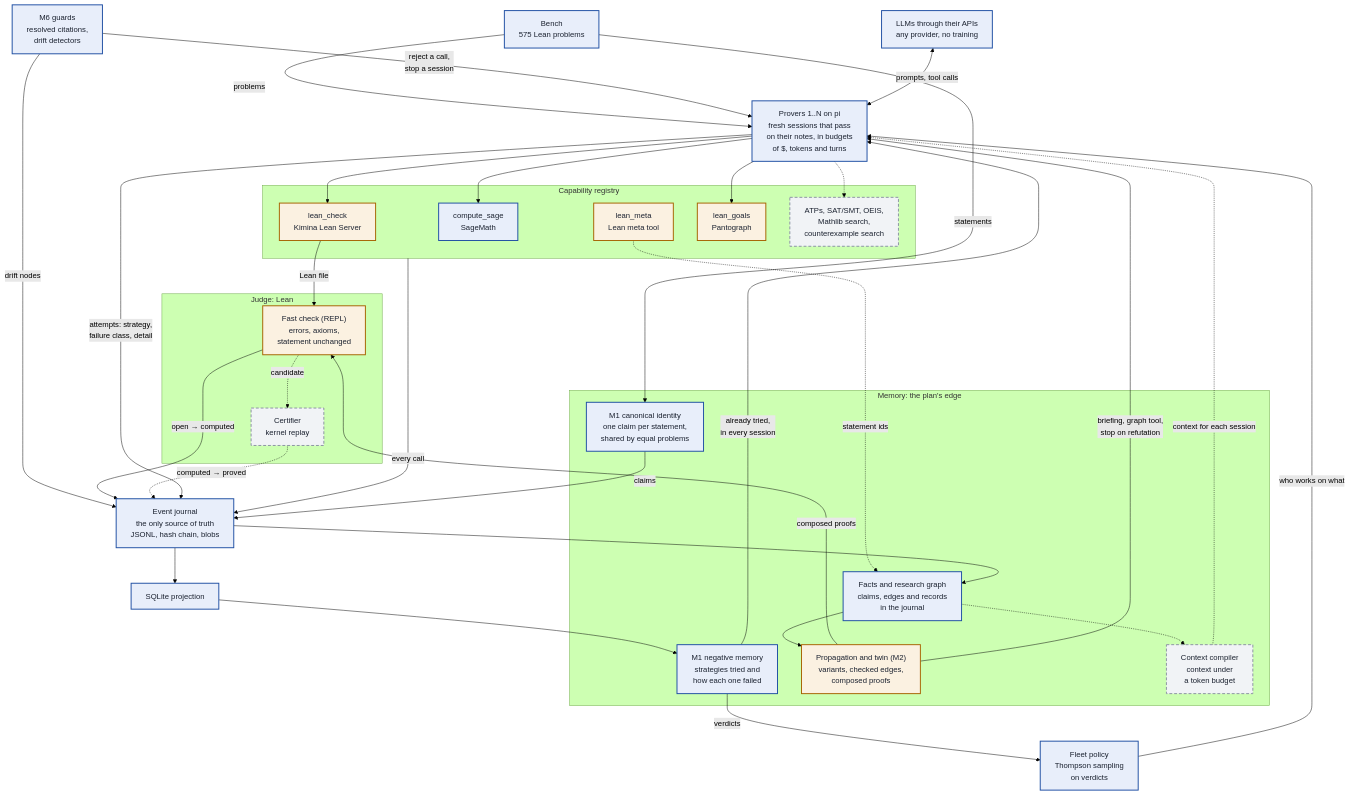
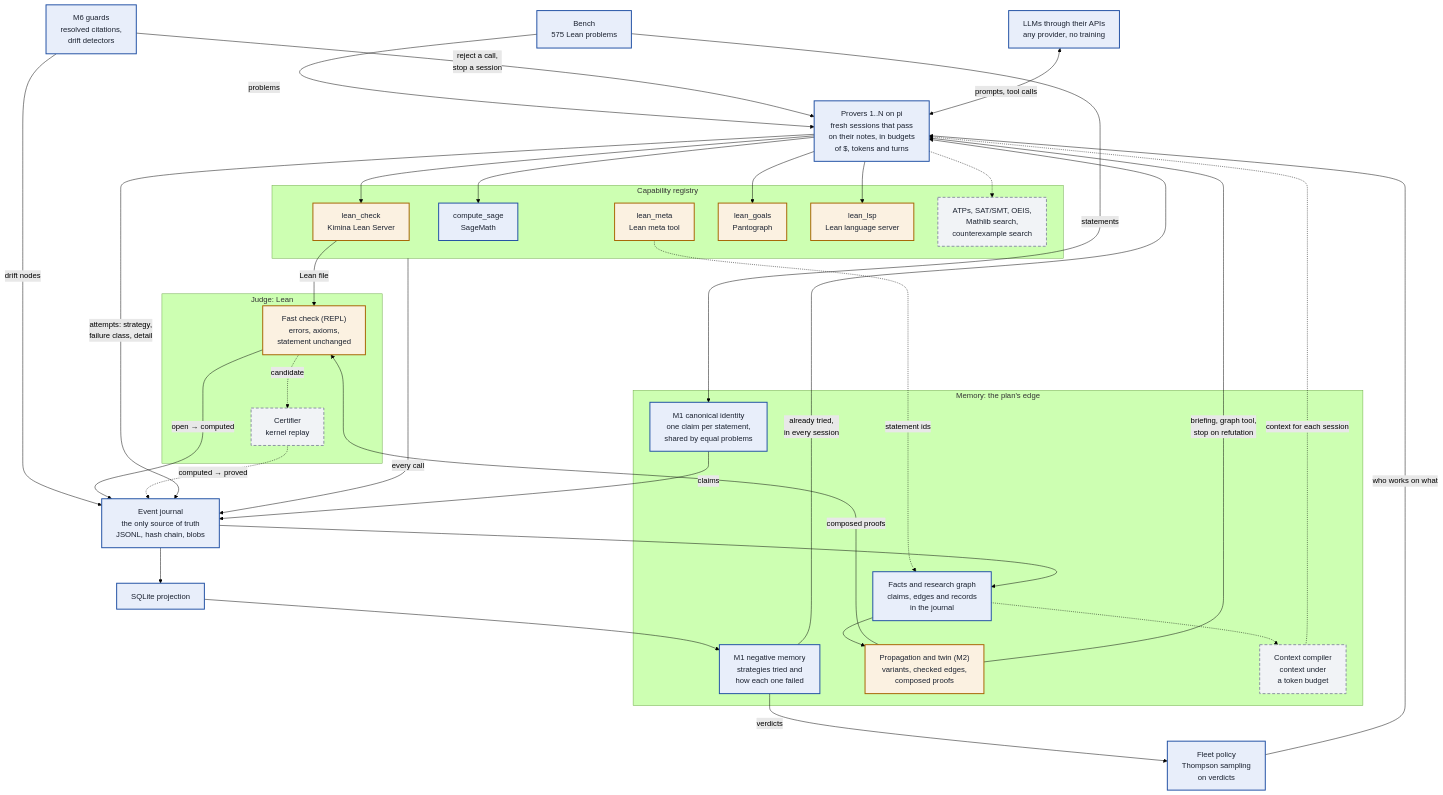
The diagram in README.md (Kdevos12/seshat), drawn with Mermaid (forest theme) before and after one commit. The commit also changed other lines of this file and 43 other files, not shown here.

````diff
--- a/README.md
+++ b/README.md
@@ -19,64 +19,66 @@
 ```mermaid
 flowchart TB
   classDef built fill:#e8eefa,stroke:#1f4fa3,stroke-width:2px,color:#1b2230
   classDef wait fill:#fbf1e1,stroke:#a66300,stroke-width:2px,color:#1b2230
   classDef planned fill:#f1f3f6,stroke:#8a92a3,stroke-width:2px,stroke-dasharray:6 4,color:#1b2230
 
   bench["Bench<br/>575 Lean problems"]:::built
   fleet["Fleet policy<br/>Thompson sampling<br/>on verdicts"]:::built
   guards["M6 guards<br/>resolved citations,<br/>drift detectors"]:::built
   llm["LLMs through their APIs<br/>any provider, no training"]:::built
   provers["Provers 1..N on pi<br/>fresh sessions that pass<br/>on their notes, in budgets<br/>of $, tokens and turns"]:::built
 
   subgraph TOOLS["Capability registry"]
     leancheck["lean_check<br/>Kimina Lean Server"]:::wait
     sage["compute_sage<br/>SageMath"]:::built
     leanmeta["lean_meta<br/>Lean meta tool"]:::wait
     leangoals["lean_goals<br/>Pantograph"]:::wait
+    leanlsp["lean_lsp<br/>Lean language server"]:::wait
     moretools["ATPs, SAT/SMT, OEIS,<br/>Mathlib search,<br/>counterexample search"]:::planned
   end
 
   subgraph JUDGE["Judge: Lean"]
     fast["Fast check (REPL)<br/>errors, axioms,<br/>statement unchanged"]:::wait
     certifier["Certifier<br/>kernel replay"]:::planned
   end
 
   journal["Event journal<br/>the only source of truth<br/>JSONL, hash chain, blobs"]:::built
   projection["SQLite projection"]:::built
 
   subgraph MEMORY["Memory: the plan's edge"]
     identity["M1 canonical identity<br/>one claim per statement,<br/>shared by equal problems"]:::built
     tried["M1 negative memory<br/>strategies tried and<br/>how each one failed"]:::built
     kg["Facts and research graph<br/>claims, edges and records<br/>in the journal"]:::built
     prop["Propagation and twin (M2)<br/>variants, checked edges,<br/>composed proofs"]:::wait
     compiler["Context compiler<br/>context under<br/>a token budget"]:::planned
   end
 
   bench -->|problems| provers
   bench -->|statements| identity
   identity -->|claims| journal
   fleet -->|"who works on what"| provers
   guards -->|"reject a call,<br/>stop a session"| provers
   guards -->|"drift nodes"| journal
   llm <-->|"prompts, tool calls"| provers
   provers --> leancheck & sage
   provers -.-> moretools
   leanmeta -.->|"statement ids"| kg
   provers --> leangoals
+  provers --> leanlsp
   leancheck -->|Lean file| fast
   fast -->|"open → computed"| journal
   fast -.->|candidate| certifier
   certifier -.->|"computed → proved"| journal
   TOOLS -->|"every call"| journal
   provers -->|"attempts: strategy,<br/>failure class, detail"| journal
   journal --> projection
   projection --> tried
   tried -->|"already tried,<br/>in every session"| provers
   tried -->|"verdicts"| fleet
   journal --> kg
   kg --> prop
   prop -->|"composed proofs"| fast
   prop -->|"briefing, graph tool,<br/>stop on refutation"| provers
   kg -.-> compiler
   compiler -.->|"context for each session"| provers
 ```
````
